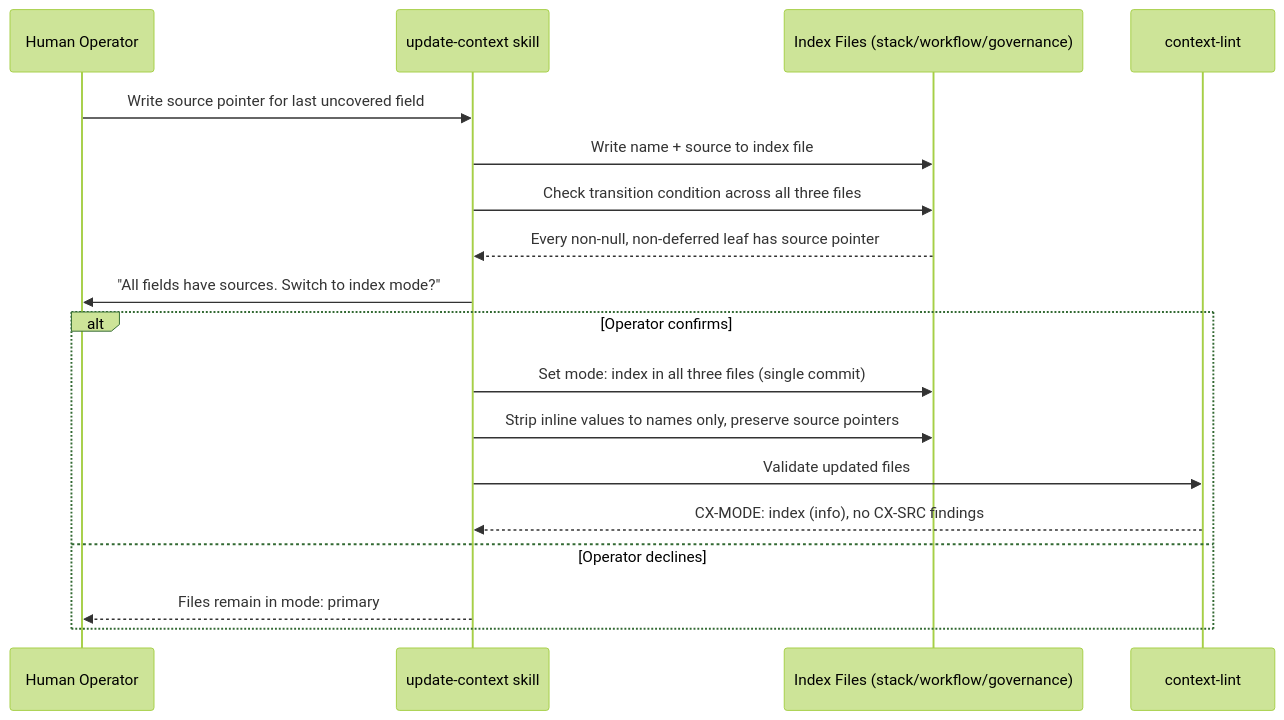
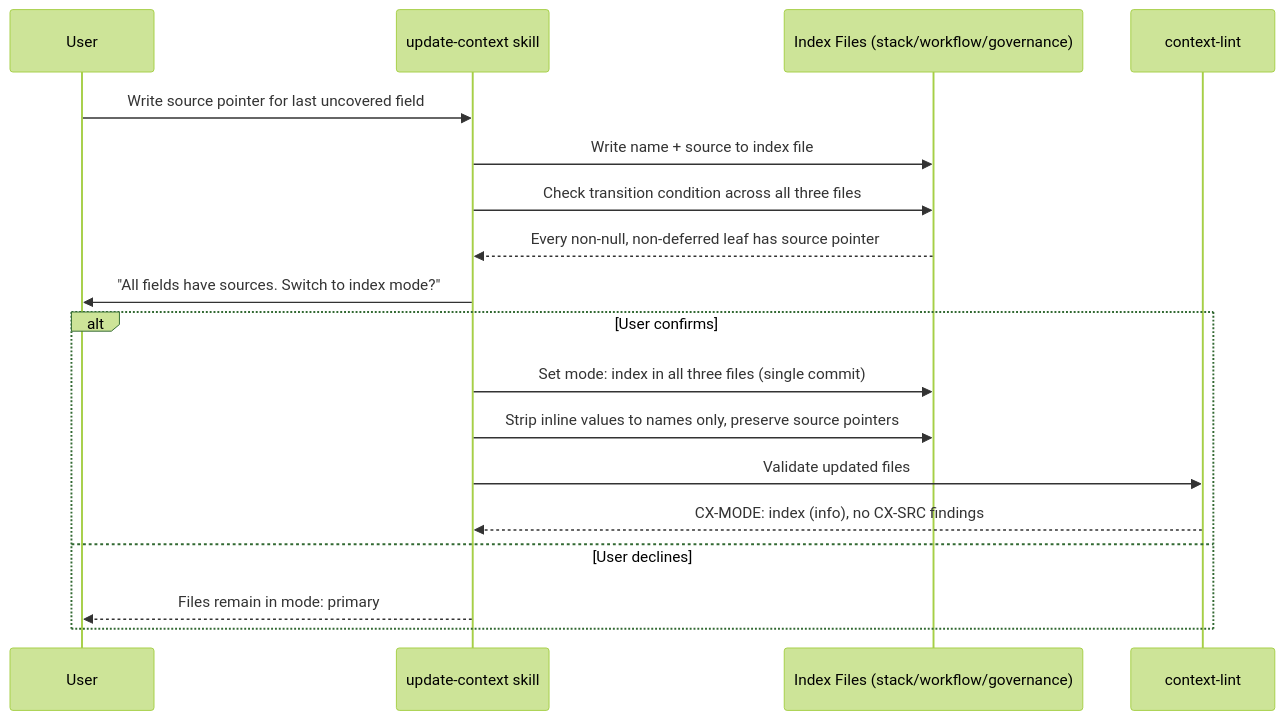
Before and after one commit to matthiasdaues/agent_factory: the seventh of 8 diagrams in docs/arc42/06_runtime_view.md, drawn with Mermaid (forest theme). The commit also changed other lines of this file and 126 other files, not shown here.

First line of the commit message:
docs: switch "operator" wording for "user"

````diff
--- a/docs/arc42/06_runtime_view.md
+++ b/docs/arc42/06_runtime_view.md
@@ -180,21 +180,21 @@
 ```mermaid
 sequenceDiagram
-    participant H as Human Operator
+    participant H as User
     participant UC as update-context skill
     participant IF as Index Files (stack/workflow/governance)
     participant CL as context-lint
 
     H->>UC: Write source pointer for last uncovered field
     UC->>IF: Write name + source to index file
     UC->>IF: Check transition condition across all three files
     IF-->>UC: Every non-null, non-deferred leaf has source pointer
     UC->>H: "All fields have sources. Switch to index mode?"
-    alt Operator confirms
+    alt User confirms
         UC->>IF: Set mode: index in all three files (single commit)
         UC->>IF: Strip inline values to names only, preserve source pointers
         UC->>CL: Validate updated files
         CL-->>UC: CX-MODE: index (info), no CX-SRC findings
-    else Operator declines
+    else User declines
         UC-->>H: Files remain in mode: primary
     end
 ```
````
